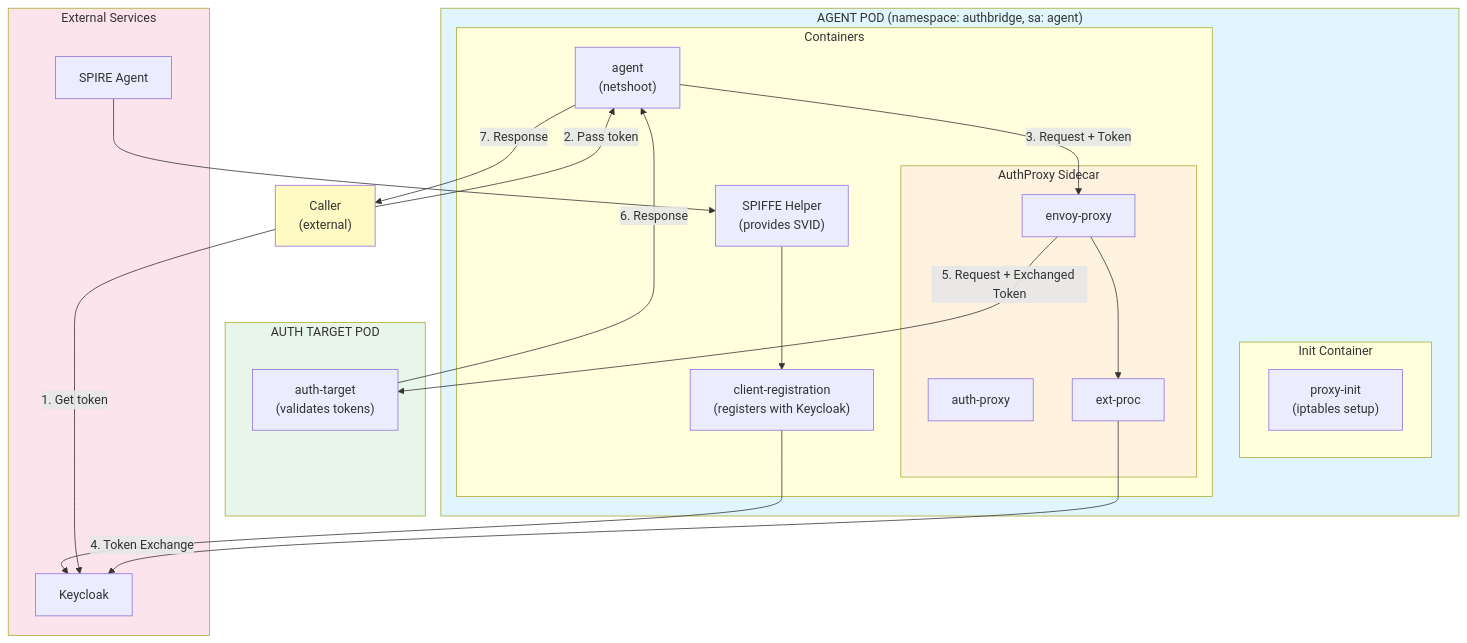
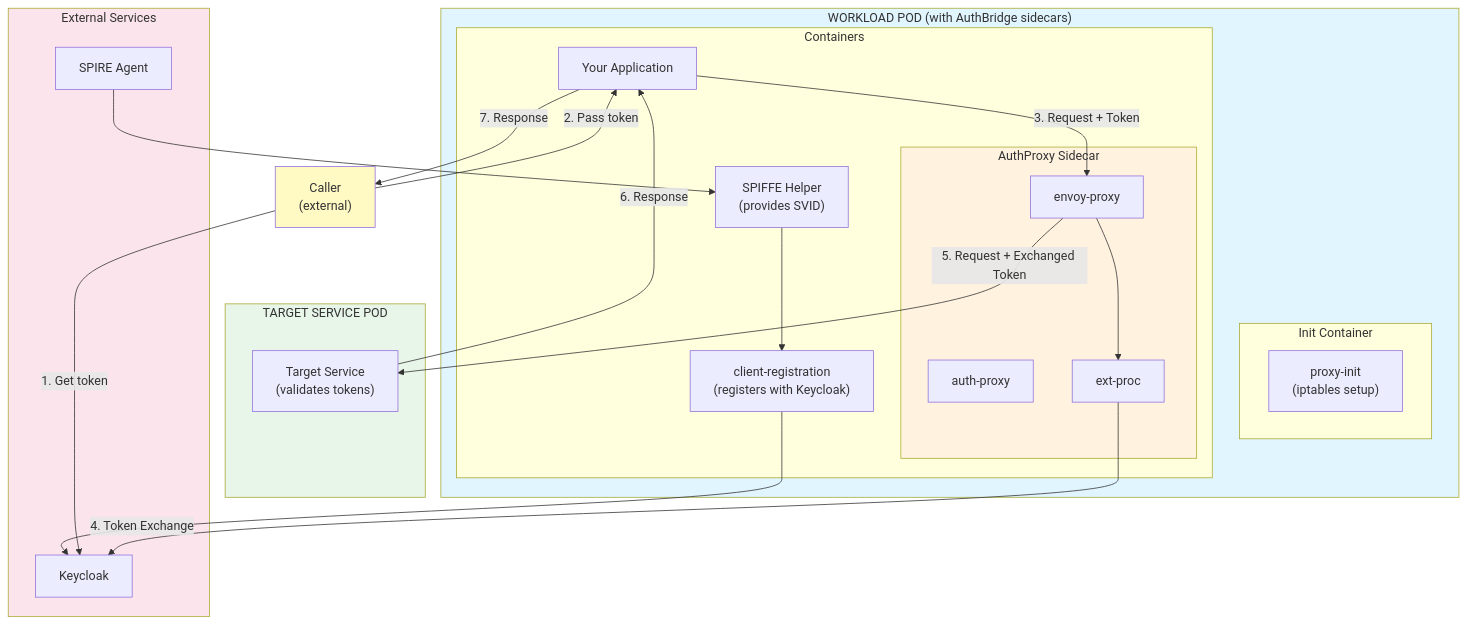
Before and after one commit to mrsabath/kagenti-extensions: the second of 2 diagrams in AuthBridge/README.md, drawn with Mermaid. The commit also changed other lines of this file, not shown here.

````diff
--- a/AuthBridge/README.md
+++ b/AuthBridge/README.md
@@ -182,47 +180,47 @@
 ```mermaid
 flowchart TB
-    subgraph AgentPod["AGENT POD (namespace: authbridge, sa: agent)"]
+    subgraph WorkloadPod["WORKLOAD POD (with AuthBridge sidecars)"]
         subgraph Init["Init Container"]
             ProxyInit["proxy-init<br/>(iptables setup)"]
         end
         subgraph Containers["Containers"]
-            Agent["agent<br/>(netshoot)"]
+            App["Your Application"]
             SpiffeHelper["SPIFFE Helper<br/>(provides SVID)"]
             ClientReg["client-registration<br/>(registers with Keycloak)"]
             subgraph Sidecar["AuthProxy Sidecar"]
                 AuthProxy["auth-proxy"]
                 Envoy["envoy-proxy"]
                 ExtProc["ext-proc"]
             end
         end
     end
 
-    subgraph TargetPod["AUTH TARGET POD"]
-        AuthTarget["auth-target<br/>(validates tokens)"]
+    subgraph TargetPod["TARGET SERVICE POD"]
+        Target["Target Service<br/>(validates tokens)"]
     end
 
     subgraph External["External Services"]
         SPIRE["SPIRE Agent"]
         Keycloak["Keycloak"]
     end
 
     Caller["Caller<br/>(external)"]
 
     SPIRE --> SpiffeHelper
     SpiffeHelper --> ClientReg
     ClientReg --> Keycloak
     Caller -->|"1. Get token"| Keycloak
-    Caller -->|"2. Pass token"| Agent
-    Agent -->|"3. Request + Token"| Envoy
+    Caller -->|"2. Pass token"| App
+    App -->|"3. Request + Token"| Envoy
     Envoy --> ExtProc
     ExtProc -->|"4. Token Exchange"| Keycloak
-    Envoy -->|"5. Request + Exchanged Token"| AuthTarget
-    AuthTarget -->|"6. Response"| Agent
-    Agent -->|"7. Response"| Caller
+    Envoy -->|"5. Request + Exchanged Token"| Target
+    Target -->|"6. Response"| App
+    App -->|"7. Response"| Caller
 
-    style AgentPod fill:#e1f5fe
+    style WorkloadPod fill:#e1f5fe
     style TargetPod fill:#e8f5e9
     style Sidecar fill:#fff3e0
     style External fill:#fce4ec
     style Caller fill:#fff9c4
 ```
````
